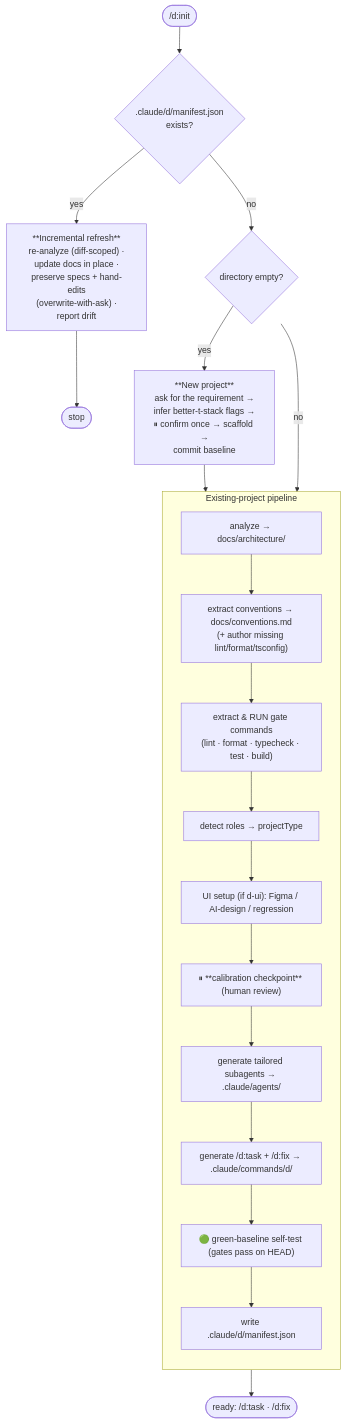
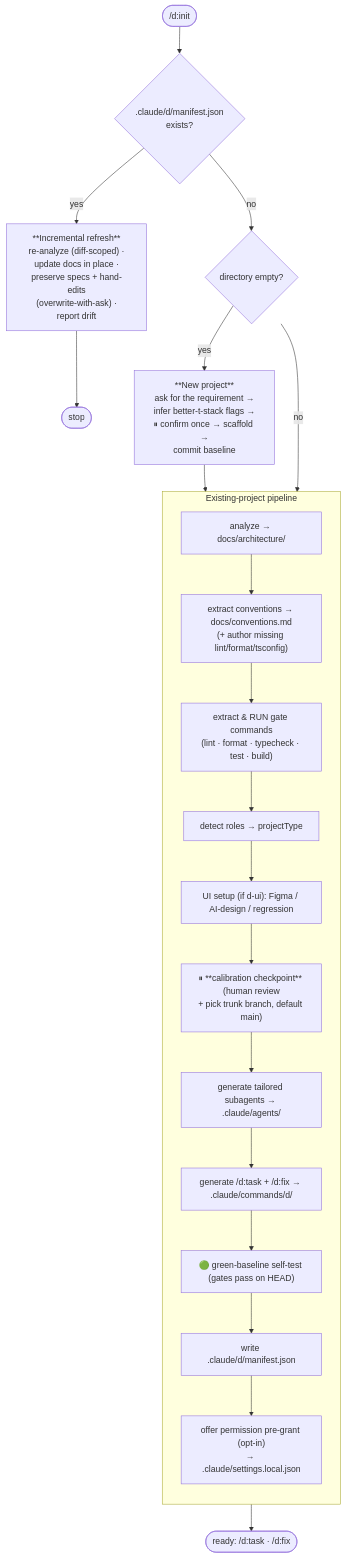
The second of 5 diagrams in README.md (Adophlidu/cc-commands), drawn with Mermaid before and after one commit. The commit also changed other lines of this file, not shown here.

Commit message:
docs: update README for branch discipline, commit conventions, and permission pre-grant (phases 5-7) (#9)

````diff
--- a/README.md
+++ b/README.md
@@ -56,27 +56,28 @@
 ```mermaid
 flowchart TD
     start(["/d:init"]) --> q1{".claude/d/manifest.json<br/>exists?"}
     q1 -->|yes| refresh["**Incremental refresh**<br/>re-analyze (diff-scoped) ·<br/>update docs in place ·<br/>preserve specs + hand-edits<br/>(overwrite-with-ask) ·<br/>report drift"]
     refresh --> stop1(["stop"])
 
     q1 -->|no| q2{"directory empty?"}
     q2 -->|yes| newp["**New project**<br/>ask for the requirement →<br/>infer better-t-stack flags →<br/>⏸ confirm once → scaffold →<br/>commit baseline"]
     newp --> pipeline
     q2 -->|no| pipeline
 
     subgraph pipeline ["Existing-project pipeline"]
         direction TB
         a1["analyze → docs/architecture/"]
         a2["extract conventions → docs/conventions.md<br/>(+ author missing lint/format/tsconfig)"]
         a3["extract & RUN gate commands<br/>(lint · format · typecheck · test · build)"]
         a4["detect roles → projectType"]
         a5["UI setup (if d-ui): Figma / AI-design / regression"]
-        a6["⏸ **calibration checkpoint** (human review)"]
+        a6["⏸ **calibration checkpoint** (human review<br/>+ pick trunk branch, default main)"]
         a7["generate tailored subagents → .claude/agents/"]
         a8["generate /d:task + /d:fix → .claude/commands/d/"]
         a9["🟢 green-baseline self-test (gates pass on HEAD)"]
         a10["write .claude/d/manifest.json"]
-        a1 --> a2 --> a3 --> a4 --> a5 --> a6 --> a7 --> a8 --> a9 --> a10
+        a11["offer permission pre-grant (opt-in)<br/>→ .claude/settings.local.json"]
+        a1 --> a2 --> a3 --> a4 --> a5 --> a6 --> a7 --> a8 --> a9 --> a10 --> a11
     end
     pipeline --> done(["ready: /d:task · /d:fix"])
 ```
````
